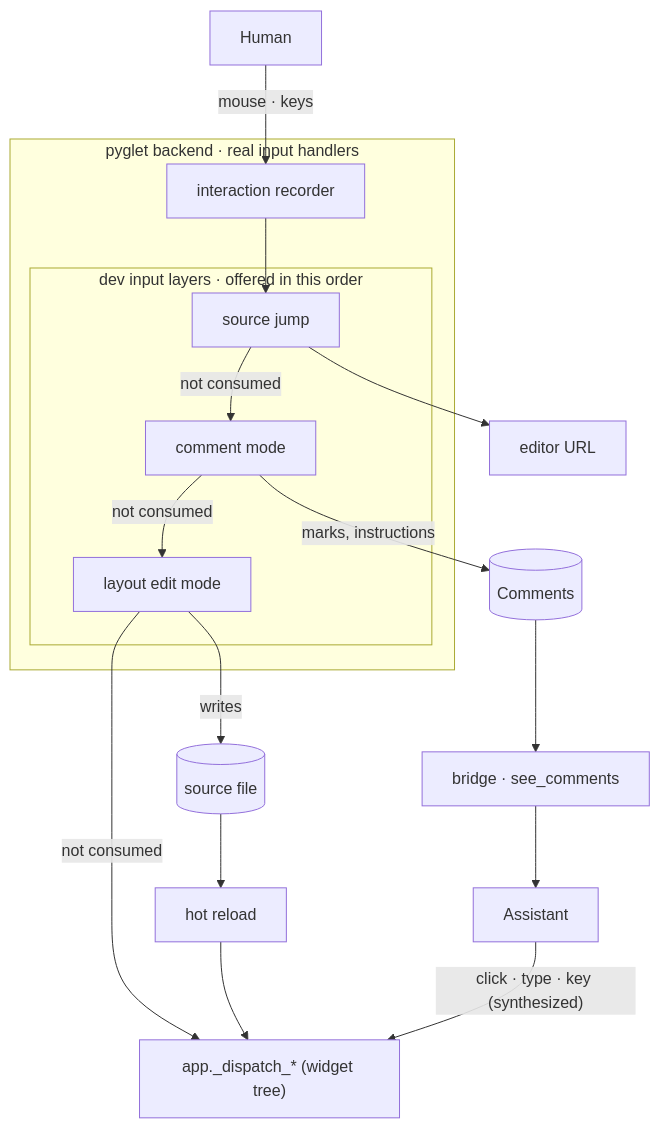
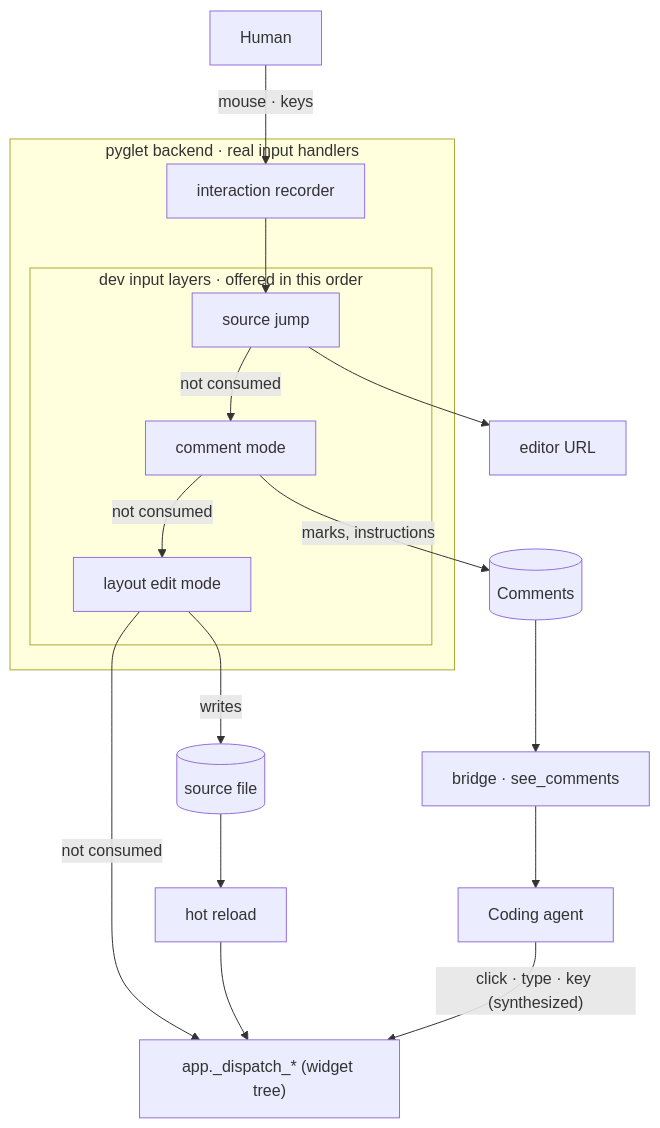
One commit to yuksblog/nuiitivet changed the diagram in docs/design/DEV_MODES.md. Above: the diagram before and after it, drawn with Mermaid. The commit also changed other lines of this file and 41 other files, not shown here.

First line of the commit message:
docs: one name for the coding agent -- "agent", not "assistant"

````diff
--- a/docs/design/DEV_MODES.md
+++ b/docs/design/DEV_MODES.md
@@ -31,26 +31,26 @@
 ```mermaid
 flowchart TB
     human[Human]
-    assistant[Assistant]
+    agent[Coding agent]
     subgraph backend[pyglet backend · real input handlers]
         recorder[interaction recorder]
         subgraph layers[dev input layers · offered in this order]
             jump[source jump]
             comment[comment mode]
             layout[layout edit mode]
         end
     end
     dispatch["app._dispatch_* (widget tree)"]
     comments[(Comments)]
     editor[editor URL]
     file[(source file)]
     reload[hot reload]
     bridge[bridge · see_comments]
 
     human -- "mouse · keys" --> recorder --> jump
     jump -- "not consumed" --> comment -- "not consumed" --> layout -- "not consumed" --> dispatch
-    assistant -- "click · type · key (synthesized)" --> dispatch
+    agent -- "click · type · key (synthesized)" --> dispatch
     jump --> editor
-    comment -- marks, instructions --> comments --> bridge --> assistant
+    comment -- marks, instructions --> comments --> bridge --> agent
     layout -- writes --> file --> reload --> dispatch
 ```
````
